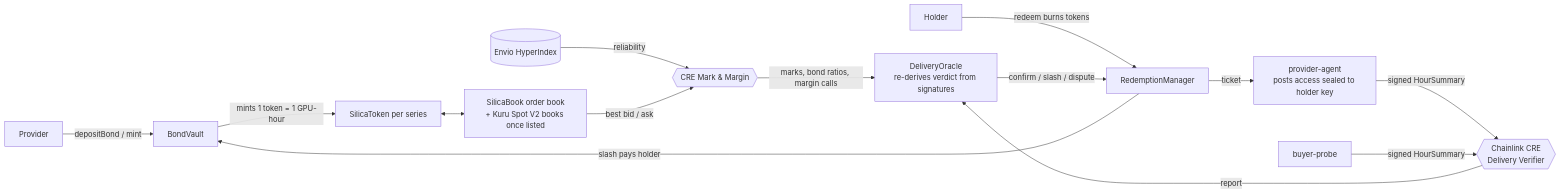
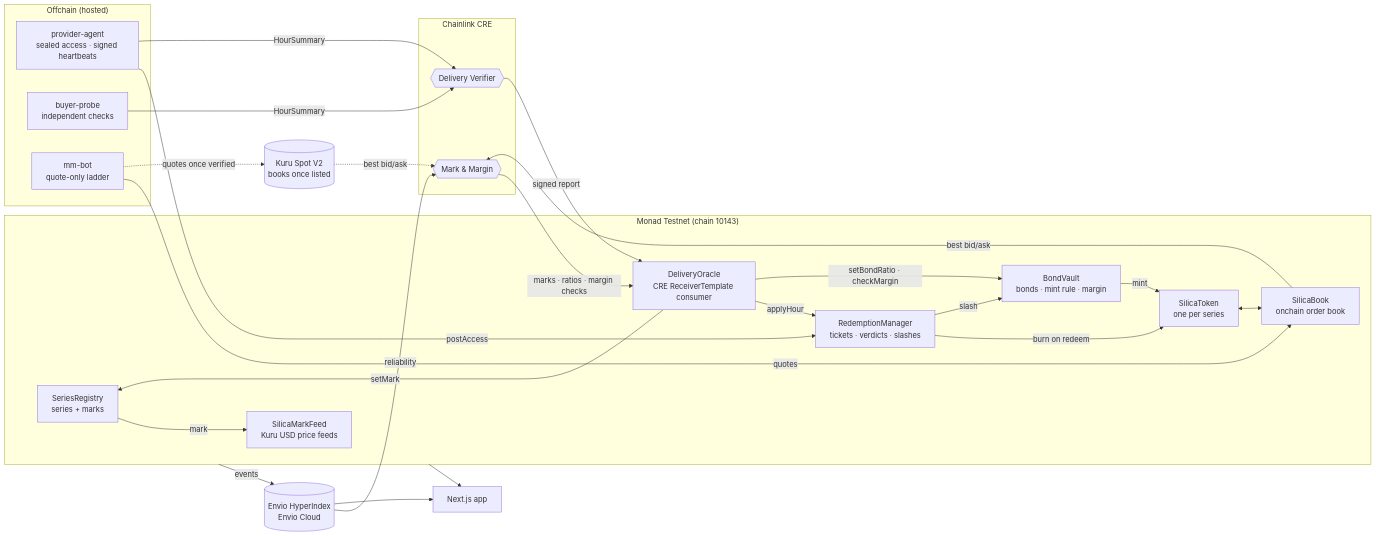
The first of 2 diagrams in README.md (SATISH-JALAN/silica), drawn with Mermaid before and after one commit. The commit also changed other lines of this file, not shown here.

First line of the commit message:
README: detailed overview with architecture, sponsor tracks, deployments and proof

````diff
--- a/README.md
+++ b/README.md
@@ -19,16 +84,46 @@
 ```mermaid
 flowchart LR
-  P[Provider] -- depositBond / mint --> V[BondVault]
-  V -- mints 1 token = 1 GPU-hour --> T[SilicaToken per series]
-  T <--> B[SilicaBook order book<br/>+ Kuru Spot V2 books once listed]
-  H[Holder] -- redeem burns tokens --> R[RedemptionManager]
-  R -- ticket --> A[provider-agent<br/>posts access sealed to holder key]
-  A -- signed HourSummary --> CRE{{Chainlink CRE<br/>Delivery Verifier}}
-  Q[buyer-probe] -- signed HourSummary --> CRE
-  CRE -- report --> O[DeliveryOracle<br/>re-derives verdict from signatures]
-  O -- confirm / slash / dispute --> R
-  R -- slash pays holder --> V
-  E[(Envio HyperIndex)] -- reliability --> M{{CRE Mark & Margin}}
-  B -- best bid / ask --> M
-  M -- marks, bond ratios, margin calls --> O
+  subgraph Monad["Monad Testnet (chain 10143)"]
+    REG[SeriesRegistry<br/>series + marks]
+    VAULT[BondVault<br/>bonds · mint rule · margin]
+    TOK[SilicaToken<br/>one per series]
+    BOOK[SilicaBook<br/>onchain order book]
+    RM[RedemptionManager<br/>tickets · verdicts · slashes]
+    ORA[DeliveryOracle<br/>CRE ReceiverTemplate consumer]
+    FEED[SilicaMarkFeed<br/>Kuru USD price feeds]
+  end
+  subgraph Offchain["Offchain (hosted)"]
+    AG[provider-agent<br/>sealed access · signed heartbeats]
+    PR[buyer-probe<br/>independent checks]
+    MM[mm-bot<br/>quote-only ladder]
+  end
+  subgraph CRE["Chainlink CRE"]
+    DV{{Delivery Verifier}}
+    MAM{{Mark & Margin}}
+  end
+  ENV[(Envio HyperIndex<br/>Envio Cloud)]
+  KURU[(Kuru Spot V2<br/>books once listed)]
+  APP[Next.js app]
+
+  VAULT -- mint --> TOK
+  TOK <--> BOOK
+  MM -- quotes --> BOOK
+  MM -. quotes once verified .-> KURU
+  RM -- burn on redeem --> TOK
+  AG -- postAccess --> RM
+  AG -- HourSummary --> DV
+  PR -- HourSummary --> DV
+  DV -- signed report --> ORA
+  ORA -- applyHour --> RM
+  RM -- slash --> VAULT
+  BOOK -- best bid/ask --> MAM
+  KURU -. best bid/ask .-> MAM
+  ENV -- reliability --> MAM
+  MAM -- marks · ratios · margin checks --> ORA
+  ORA -- setMark --> REG
+  ORA -- setBondRatio · checkMargin --> VAULT
+  REG -- mark --> FEED
+  Monad -- events --> ENV
+  ENV --> APP
+  Monad --> APP
 ```
````
